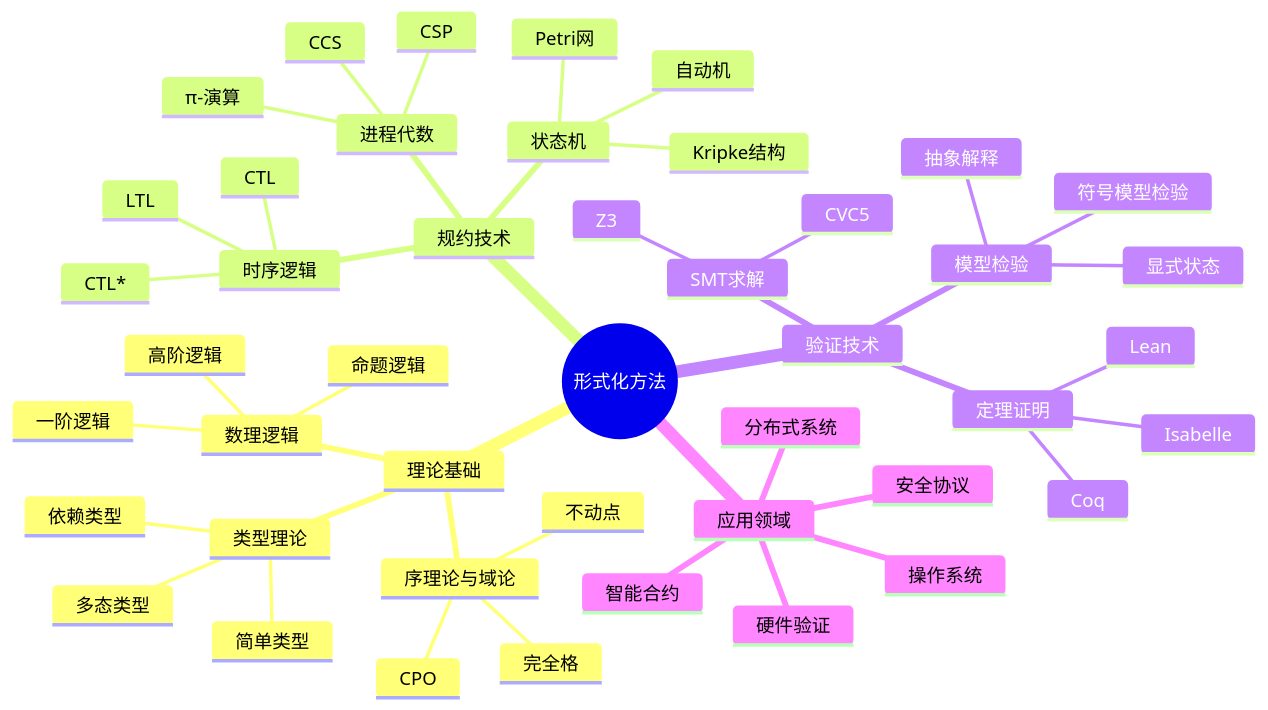
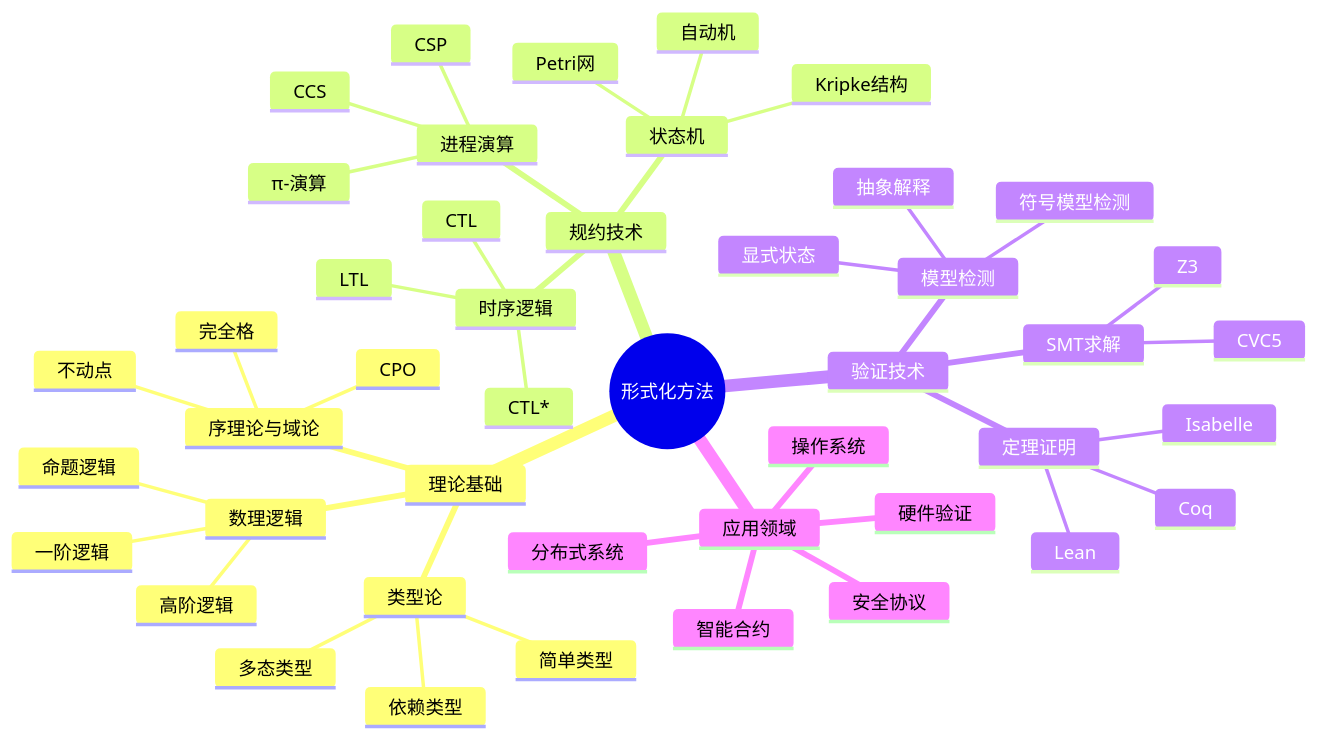
One commit to AdaMartin18010/AnalysisDataFlow changed the first of 2 diagrams in formal-methods/98-appendices/08-quick-reference.md. Above: the diagram before and after it, drawn with Mermaid. The commit also changed other lines of this file and 129 other files, not shown here.

````diff
--- a/formal-methods/98-appendices/08-quick-reference.md
+++ b/formal-methods/98-appendices/08-quick-reference.md
@@ -1210,48 +1210,48 @@
 ```mermaid
 mindmap
   root((形式化方法))
     理论基础
       数理逻辑
         命题逻辑
         一阶逻辑
         高阶逻辑
-      类型理论
+      类型论
         简单类型
         多态类型
         依赖类型
       序理论与域论
         CPO
         完全格
         不动点
     规约技术
       状态机
         Kripke结构
         自动机
         Petri网
-      进程代数
+      进程演算
         CCS
         CSP
         π-演算
       时序逻辑
         LTL
         CTL
         CTL*
     验证技术
-      模型检验
+      模型检测
         显式状态
-        符号模型检验
+        符号模型检测
         抽象解释
       定理证明
         Coq
         Lean
         Isabelle
       SMT求解
         Z3
         CVC5
     应用领域
       硬件验证
       操作系统
       分布式系统
       安全协议
       智能合约
 ```
````
